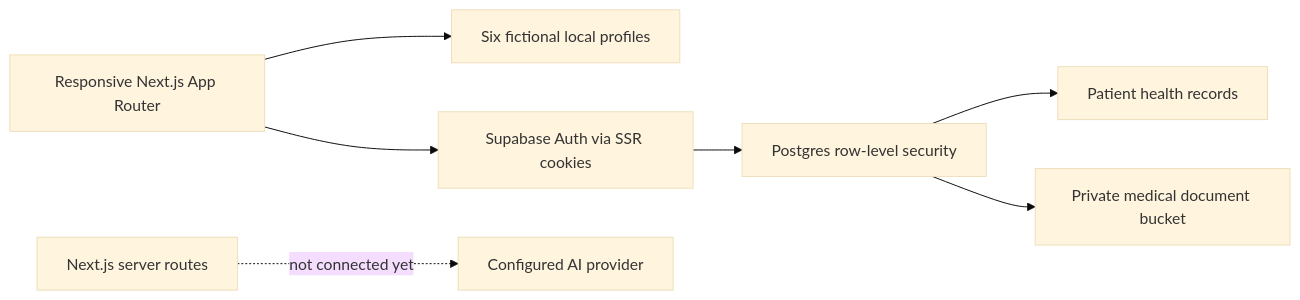
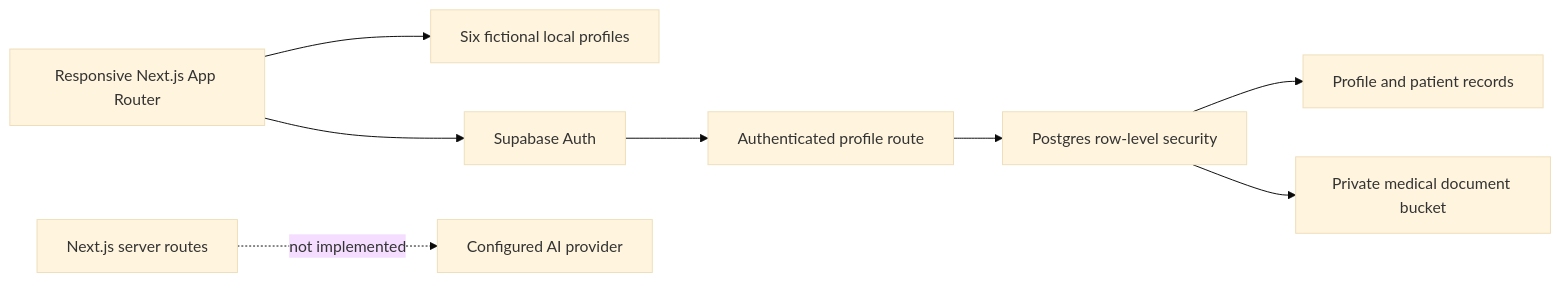
One commit to Arya99908/medvita-healthcare-platform changed the diagram in docs/architecture.md. Above: the diagram before and after it, drawn with Mermaid (base theme). The commit also changed other lines of this file and 23 other files, not shown here.

Commit message:
Add authenticated MedVita profile workflows

````diff
--- a/docs/architecture.md
+++ b/docs/architecture.md
@@ -5,9 +5,10 @@
 ```mermaid
 flowchart LR
   Browser[Responsive Next.js App Router] --> Demo[Six fictional local profiles]
-  Browser --> Auth[Supabase Auth via SSR cookies]
-  Auth --> RLS[Postgres row-level security]
-  RLS --> Records[Patient health records]
+  Browser --> Auth[Supabase Auth]
+  Auth --> Account[Authenticated profile route]
+  Account --> RLS[Postgres row-level security]
+  RLS --> Records[Profile and patient records]
   RLS --> Storage[Private medical document bucket]
-  Server[Next.js server routes] -. not connected yet .-> AI[Configured AI provider]
+  Server[Next.js server routes] -. not implemented .-> AI[Configured AI provider]
 ```
````
